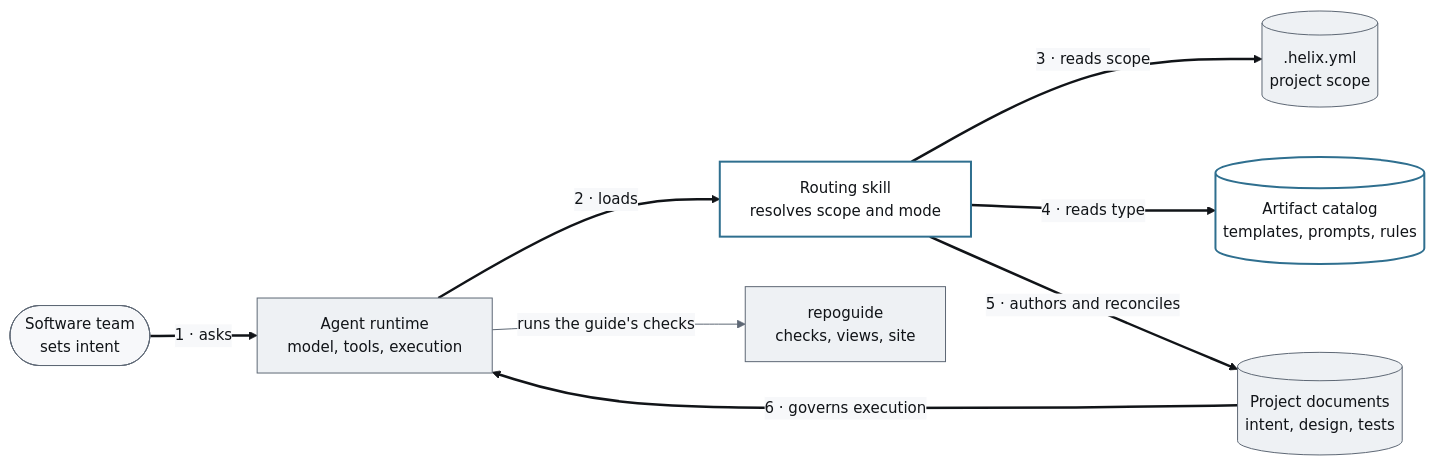
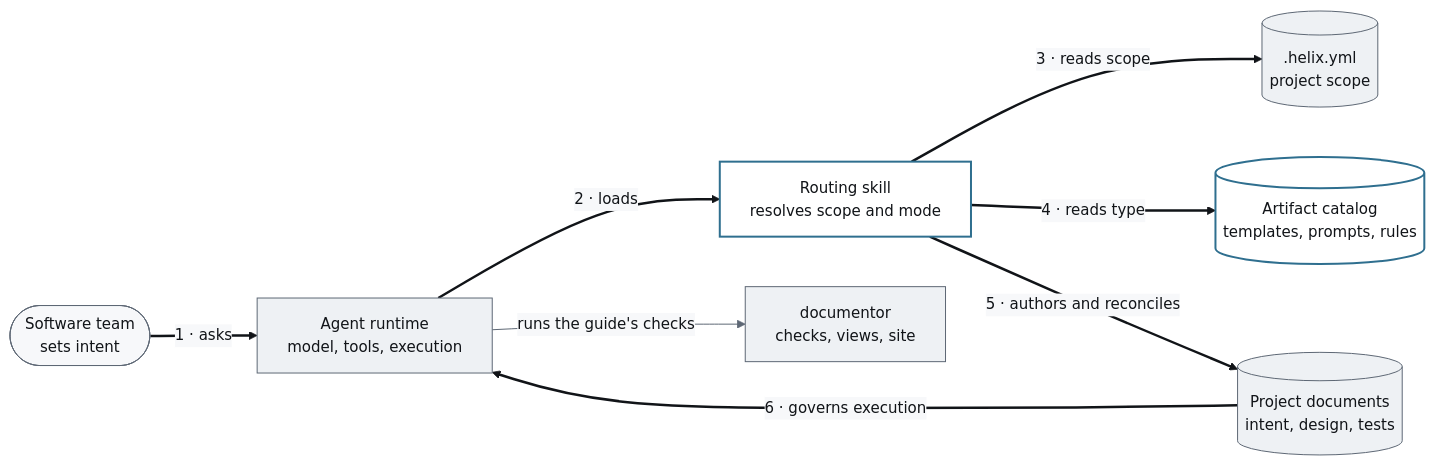
One commit to DocumentDrivenDX/helix changed the first of 2 diagrams in docs/guide/architecture-views/architecture.md. Above: the diagram before and after it, drawn with Mermaid. The commit also changed other lines of this file and 102 other files, not shown here.

First line of the commit message:
Move the guide tool into HELIX as tools/documentor

````diff
--- a/docs/guide/architecture-views/architecture.md
+++ b/docs/guide/architecture-views/architecture.md
@@ -10,26 +10,26 @@
 ```mermaid
 %%{init: {"theme": "base", "fontFamily": "ui-sans-serif, system-ui, -apple-system, Segoe UI, sans-serif", "themeVariables": {"fontFamily": "ui-sans-serif, system-ui, -apple-system, Segoe UI, sans-serif", "fontSize": "15px", "primaryColor": "#FFFFFF", "primaryBorderColor": "#D9DEE5", "primaryTextColor": "#111418", "textColor": "#2E3440", "lineColor": "#5E6875", "clusterBkg": "#F7F8FA", "clusterBorder": "#CFD6DF", "edgeLabelBackground": "#F7F8FA", "tertiaryColor": "#F7F8FA"}}}%%
-%% Generated from architecture-model.toml; edit the model, then run `repoguide build`.
+%% Generated from architecture-model.toml; edit the model, then run `documentor build`.
 flowchart LR
     team(["Software team<br/>sets intent"])
     runtime["Agent runtime<br/>model, tools, execution"]
     skill["Routing skill<br/>resolves scope and mode"]
     catalog[("Artifact catalog<br/>templates, prompts, rules")]
     marker[(".helix.yml<br/>project scope")]
     docs[("Project documents<br/>intent, design, tests")]
-    repoguide["repoguide<br/>checks, views, site"]
+    documentor["documentor<br/>checks, views, site"]
     team -->|"1 · asks"| runtime
     runtime -->|"2 · loads"| skill
     skill -->|"3 · reads scope"| marker
     skill -->|"4 · reads type"| catalog
     skill -->|"5 · authors and reconciles"| docs
     docs -->|"6 · governs execution"| runtime
-    runtime -->|"runs the guide's checks"| repoguide
+    runtime -->|"runs the guide's checks"| documentor
     classDef person fill:#F7F8FA,stroke:#5E6875,color:#111418
     classDef helix fill:#FFFFFF,stroke:#2F6F8F,stroke-width:2px,color:#111418
     classDef platform fill:#EEF1F4,stroke:#5E6875,color:#111418
     class team person
-    class runtime,marker,docs,repoguide platform
+    class runtime,marker,docs,documentor platform
     class skill,catalog helix
     linkStyle 0,1,2,3,4,5 stroke:#111418,stroke-width:2.5px
 ```
````
